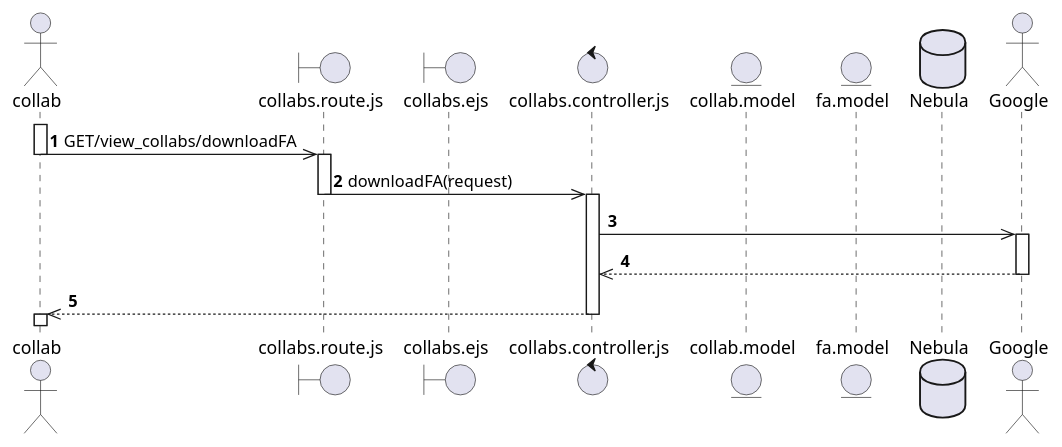
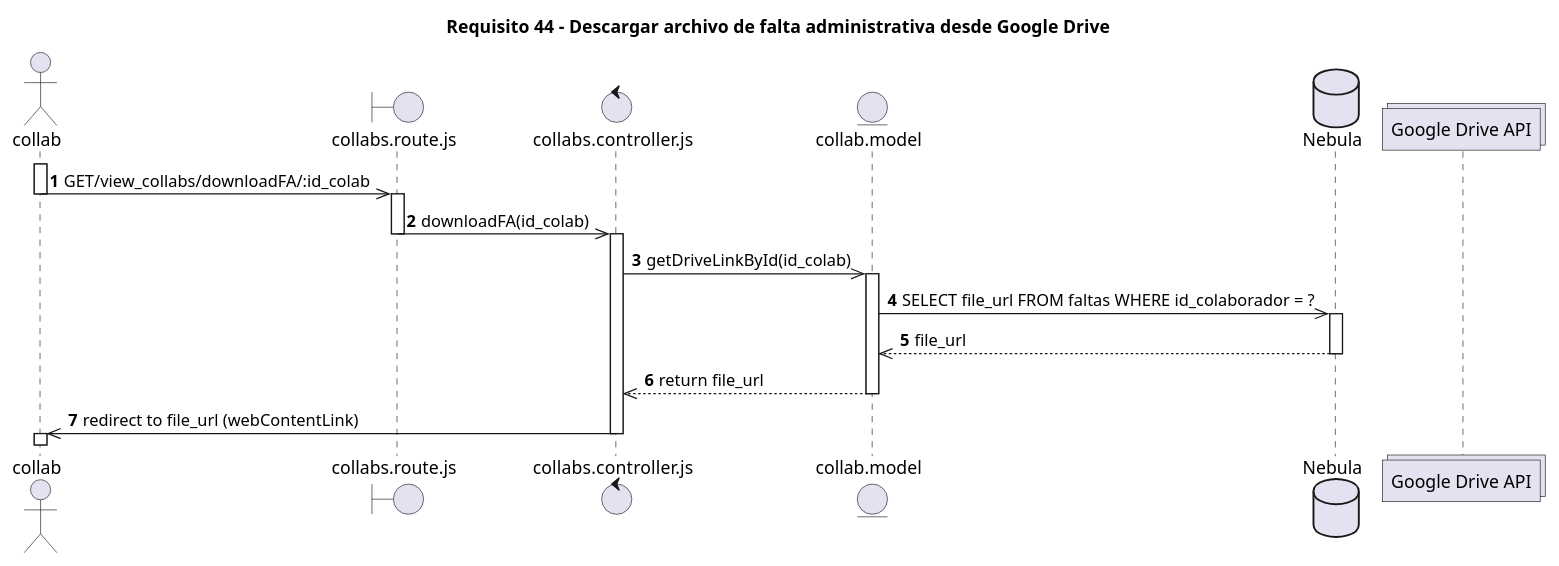
Before and after one commit to SALV19/Nebula_tc2005b: the diagram in diagramas_secuencia/req_44_SuperAdmin_download_file_due_to_employee_administrative_offense.puml, drawn with PlantUML. The commit also changed 2 other files, not shown here.

Commit message:
[UPDATE] Sequence Diagram

```diff
--- a/diagramas_secuencia/req_44_SuperAdmin_download_file_due_to_employee_administrative_offense.puml
+++ b/diagramas_secuencia/req_44_SuperAdmin_download_file_due_to_employee_administrative_offense.puml
@@ -1,34 +1,35 @@
-@startuml Req_44
+@startuml Req_44_Download
+title Requisito 44 - Descargar archivo de falta administrativa desde Google Drive
 autonumber
 
 actor collab
 boundary collabs.route.js as collabRoute
-boundary collabs.ejs as collabsPage
 control collabs.controller.js as collabsController
 entity collab.model as collabModel
-entity fa.model as faModel
 database Nebula as nebula
-actor Google 
+collections "Google Drive API" as Google
 
-activate collab 
-collab ->> collabRoute : GET/view_collabs/downloadFA
+activate collab
+collab ->> collabRoute : GET/view_collabs/downloadFA/:id_colab
 deactivate collab
 
-activate collabRoute 
-collabRoute ->> collabsController : downloadFA(request)
+activate collabRoute
+collabRoute ->> collabsController : downloadFA(id_colab)
 deactivate collabRoute
 
 activate collabsController
-collabsController ->> Google : 
+collabsController ->> collabModel : getDriveLinkById(id_colab)
 
-activate Google
-Google -->> collabsController : 
+activate collabModel
+collabModel ->> nebula : SELECT file_url FROM faltas WHERE id_colaborador = ?
+activate nebula
+nebula -->> collabModel : file_url
+deactivate nebula
 
-deactivate Google
+collabModel -->> collabsController : return file_url
+deactivate collabModel
+collabsController ->> collab : redirect to file_url (webContentLink)
 
-collabsController -->> collab
-deactivate collabsController 
+deactivate collabsController
 activate collab
-
-
-@enduml   
+@enduml
```
